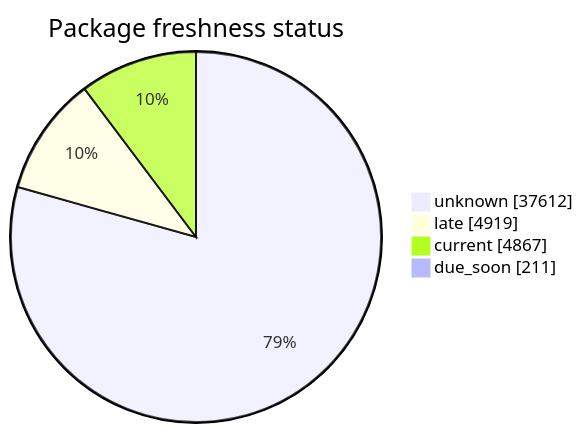
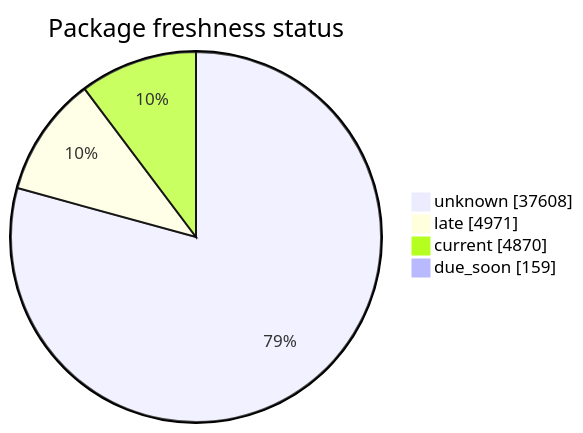
One commit to open-data/analytics-corporate-reporting changed the second of 5 diagrams in FreshCheck/README.md. Above: the diagram before and after it, drawn with Mermaid. The commit also changed other lines of this file and 3 other files, not shown here.

````diff
--- a/FreshCheck/README.md
+++ b/FreshCheck/README.md
@@ -68,7 +68,7 @@
 ```mermaid
 pie showData title Package freshness status
-    "unknown": 37612
-    "late": 4919
-    "current": 4867
-    "due_soon": 211
+    "unknown": 37608
+    "late": 4971
+    "current": 4870
+    "due_soon": 159
 ```
````
